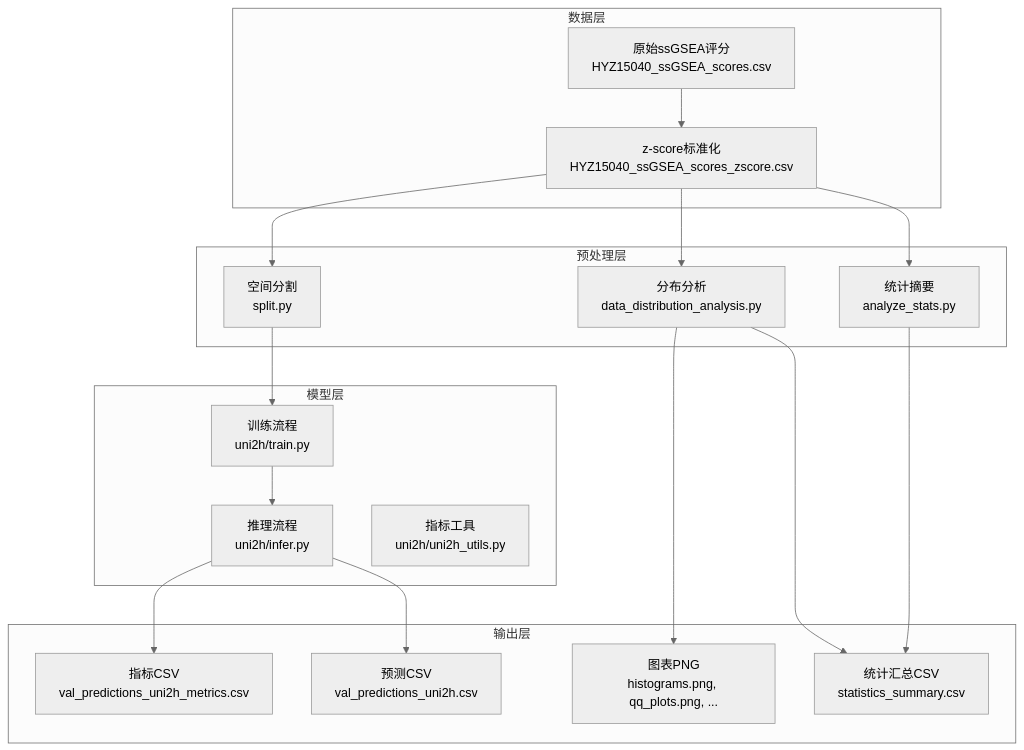
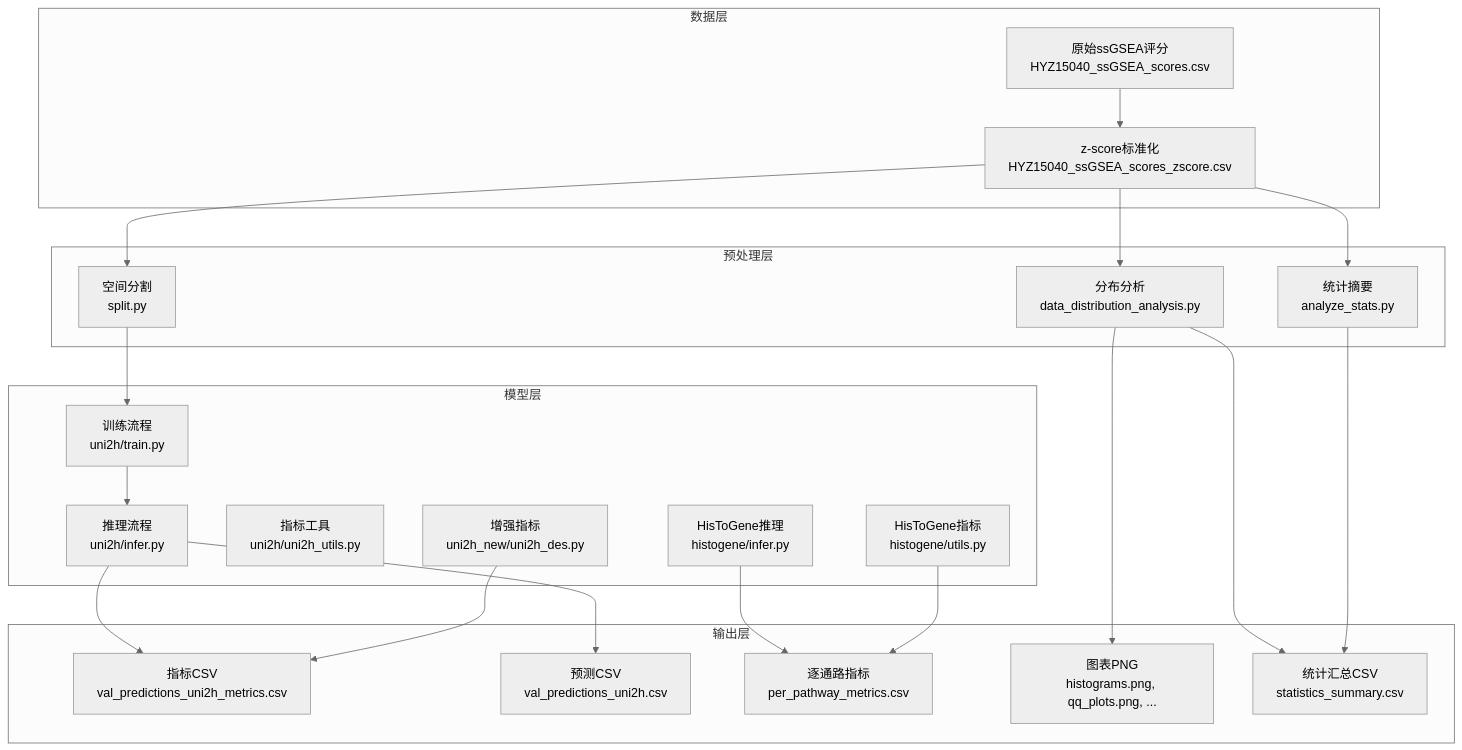
The first of 3 diagrams in .qoder/repowiki/zh/content/推理评估系统/评估指标与结果分析.md (qzs610038-star/AI-esophagus-cancer-basedon-HF-HT), drawn with Mermaid (neutral theme) before and after one commit. The commit also changed other lines of this file and 14 other files, not shown here.

````diff
--- a/.qoder/repowiki/zh/content/推理评估系统/评估指标与结果分析.md
+++ b/.qoder/repowiki/zh/content/推理评估系统/评估指标与结果分析.md
@@ -42,34 +55,41 @@
 ```mermaid
 graph TB
 subgraph "数据层"
 raw["原始ssGSEA评分<br/>HYZ15040_ssGSEA_scores.csv"]
 zscore["z-score标准化<br/>HYZ15040_ssGSEA_scores_zscore.csv"]
 end
 subgraph "预处理层"
 split["空间分割<br/>split.py"]
 dist["分布分析<br/>data_distribution_analysis.py"]
 stats["统计摘要<br/>analyze_stats.py"]
 end
 subgraph "模型层"
 train["训练流程<br/>uni2h/train.py"]
 infer["推理流程<br/>uni2h/infer.py"]
 utils["指标工具<br/>uni2h/uni2h_utils.py"]
+histo_infer["HisToGene推理<br/>histogene/infer.py"]
+histo_utils["HisToGene指标<br/>histogene/utils.py"]
+des_utils["增强指标<br/>uni2h_new/uni2h_des.py"]
 end
 subgraph "输出层"
 metrics["指标CSV<br/>val_predictions_uni2h_metrics.csv"]
 pred["预测CSV<br/>val_predictions_uni2h.csv"]
+per_pathway["逐通路指标<br/>per_pathway_metrics.csv"]
 charts["图表PNG<br/>histograms.png, qq_plots.png, ..."]
 summary["统计汇总CSV<br/>statistics_summary.csv"]
 end
 raw --> zscore
 zscore --> split
 zscore --> dist
 dist --> charts
 dist --> summary
 split --> train
 train --> infer
 infer --> metrics
 infer --> pred
+histo_infer --> per_pathway
+histo_utils --> per_pathway
+des_utils --> metrics
 zscore --> stats
 stats --> summary
 ```
````
